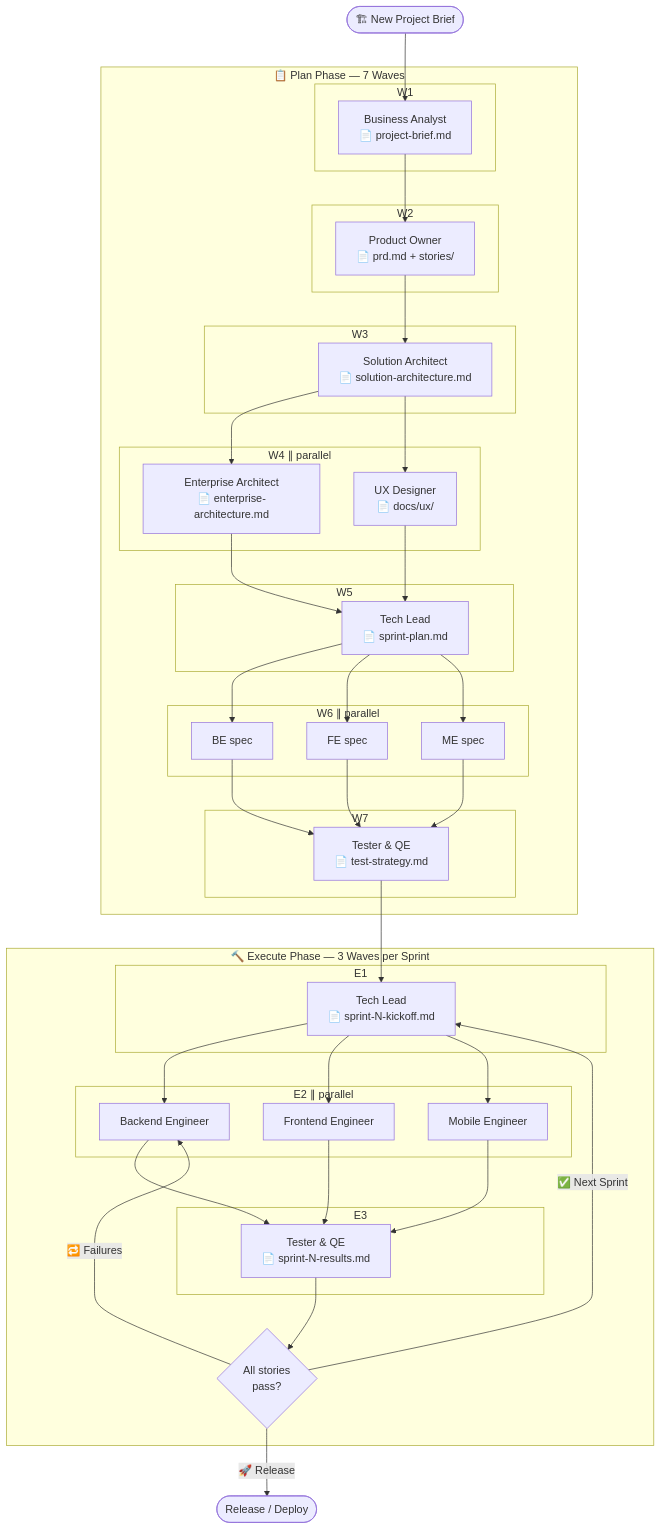
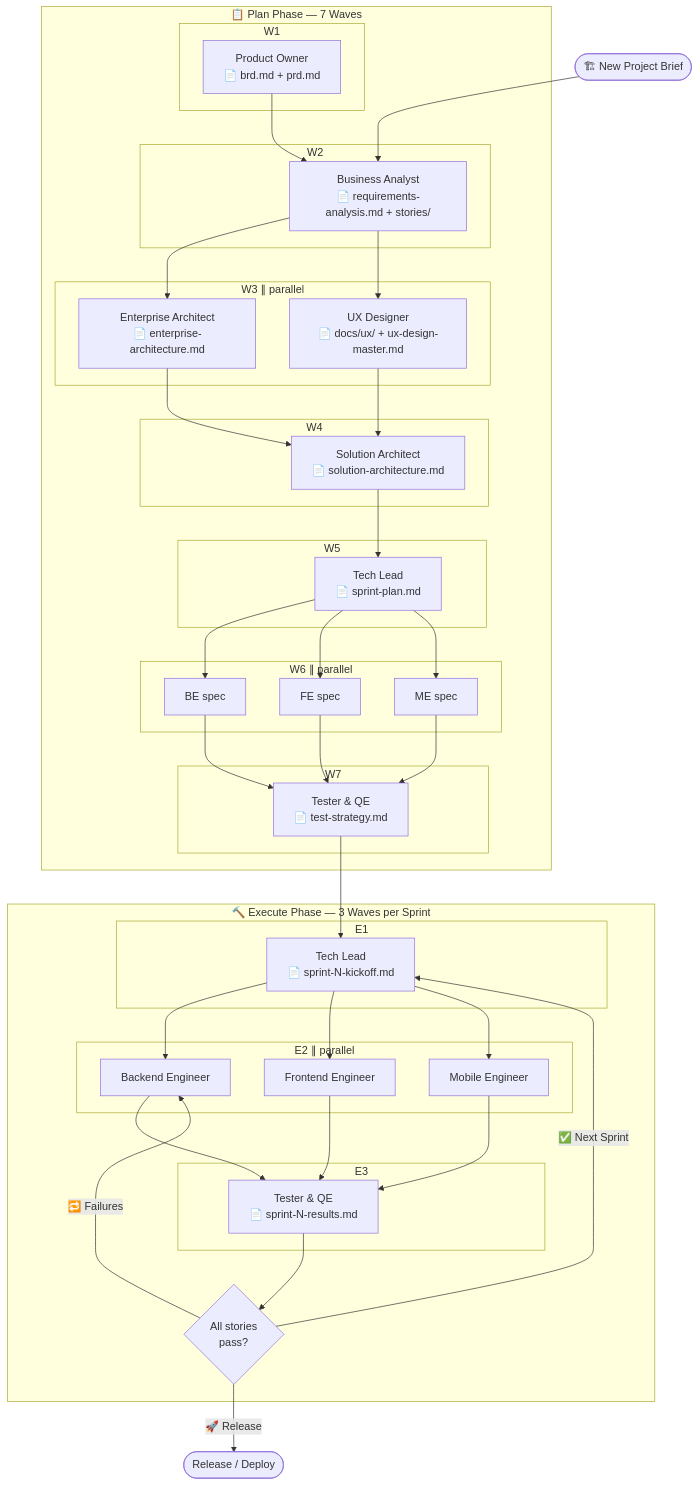
One commit to simbataisa/agent-skill-plugin changed the first of 5 diagrams in bmad-sdlc-agents/README.md. Above: the diagram before and after it, drawn with Mermaid. The commit also changed other lines of this file and 10 other files, not shown here.

Commit message:
feat: implement project-wide UX design master file protocol and update agent skill definitions to support cross-tool design integration

````diff
--- a/bmad-sdlc-agents/README.md
+++ b/bmad-sdlc-agents/README.md
@@ -2079,61 +2154,61 @@
 ```mermaid
 flowchart TD
     START([🏗 New Project Brief]) --> BA
 
     subgraph PLAN["📋 Plan Phase — 7 Waves"]
         subgraph W1["W1"]
-            BA["Business Analyst<br>📄 project-brief.md"]
+            PO["Product Owner<br>📄 brd.md + prd.md"]
         end
         subgraph W2["W2"]
-            PO["Product Owner<br>📄 prd.md + stories/"]
+            BA["Business Analyst<br>📄 requirements-analysis.md + stories/"]
         end
-        subgraph W3["W3"]
+        subgraph W3["W3 ∥ parallel"]
+            EA["Enterprise Architect<br>📄 enterprise-architecture.md"]
+            UX["UX Designer<br>📄 docs/ux/ + ux-design-master.md"]
+        end
+        subgraph W4["W4"]
             SA["Solution Architect<br>📄 solution-architecture.md"]
-        end
-        subgraph W4["W4 ∥ parallel"]
-            EA["Enterprise Architect<br>📄 enterprise-architecture.md"]
-            UX["UX Designer<br>📄 docs/ux/"]
         end
         subgraph W5["W5"]
             TL_PLAN["Tech Lead<br>📄 sprint-plan.md"]
         end
         subgraph W6["W6 ∥ parallel"]
             BE_SPEC["BE spec"]
             FE_SPEC["FE spec"]
             ME_SPEC["ME spec"]
         end
         subgraph W7["W7"]
             TQE_STRAT["Tester & QE<br>📄 test-strategy.md"]
         end
 
-        BA --> PO --> SA
-        SA --> EA & UX
-        EA & UX --> TL_PLAN
+        PO --> BA
+        BA --> EA & UX
+        EA & UX --> SA --> TL_PLAN
         TL_PLAN --> BE_SPEC & FE_SPEC & ME_SPEC
         BE_SPEC & FE_SPEC & ME_SPEC --> TQE_STRAT
     end
 
     TQE_STRAT --> KICKOFF
 
     subgraph EXEC["🔨 Execute Phase — 3 Waves per Sprint"]
         subgraph E1["E1"]
             KICKOFF["Tech Lead<br>📄 sprint-N-kickoff.md"]
         end
         subgraph E2["E2 ∥ parallel"]
             BE["Backend Engineer"]
             FE["Frontend Engineer"]
             ME["Mobile Engineer"]
         end
         subgraph E3["E3"]
             TQE["Tester & QE<br>📄 sprint-N-results.md"]
         end
         PASS{All stories\npass?}
 
         KICKOFF --> BE & FE & ME
         BE & FE & ME --> TQE --> PASS
         PASS -->|"🔁 Failures"| BE
         PASS -->|"✅ Next Sprint"| KICKOFF
     end
 
     PASS -->|"🚀 Release"| DONE([Release / Deploy])
 ```
````
